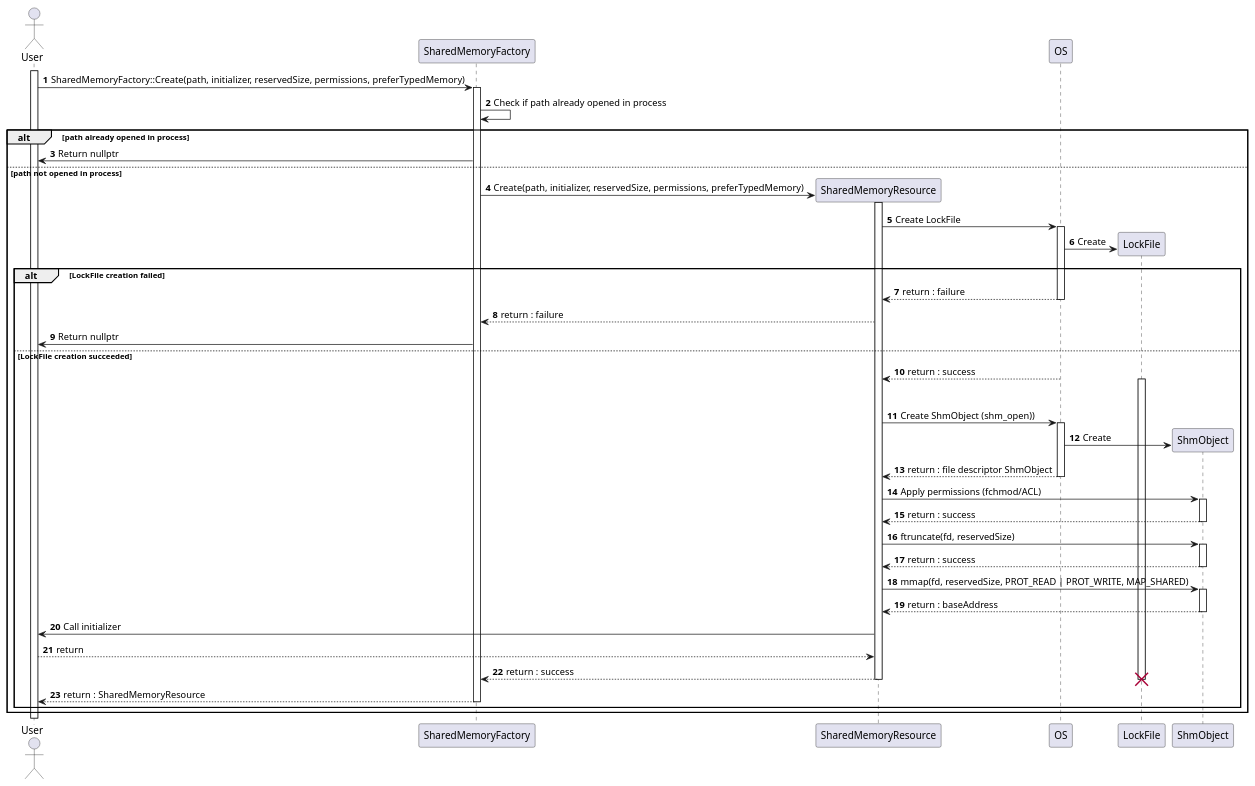
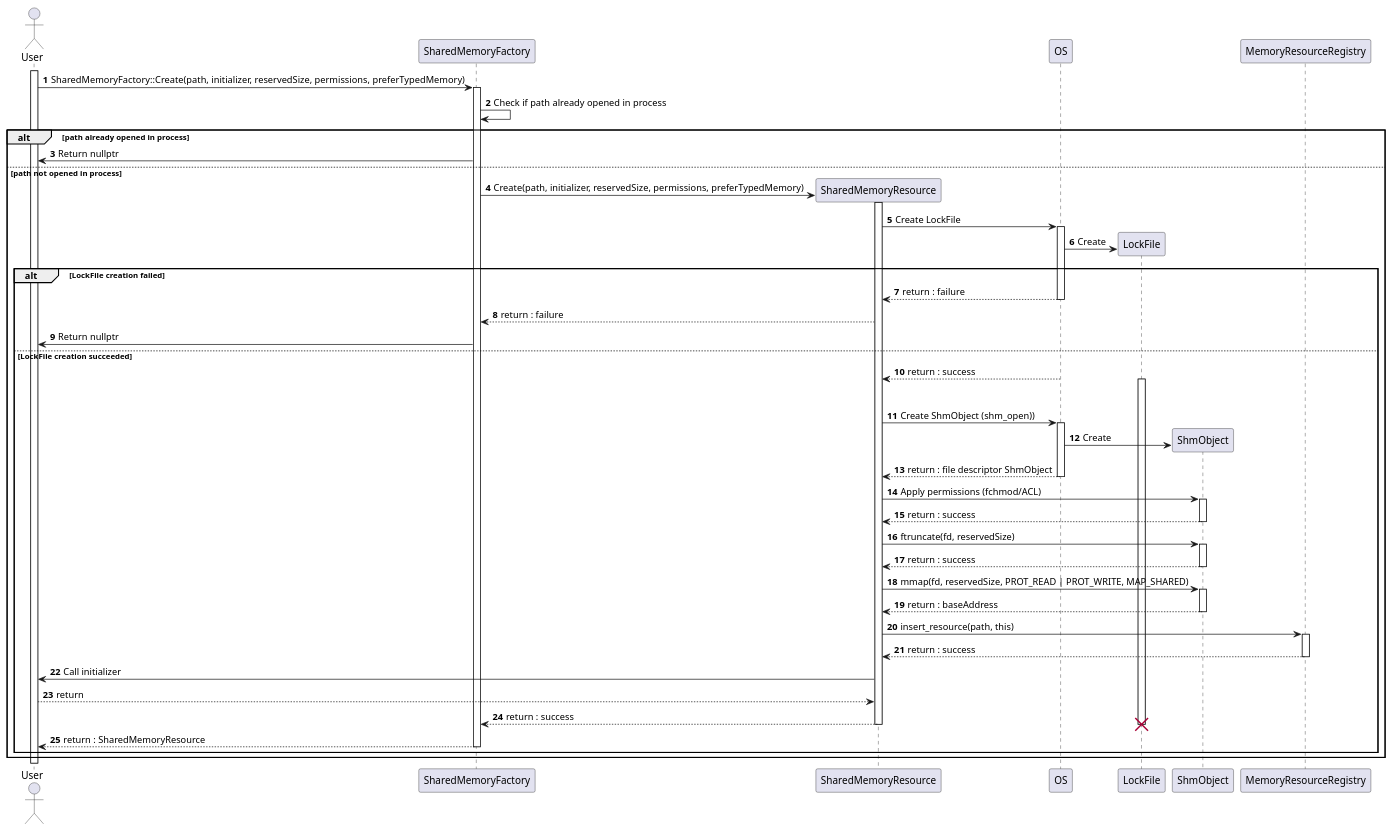
The diagram in score/memory/shared/dependability/architectural_design/dynamic_design/create_shm_resource.puml (eclipse-score/communication), drawn with PlantUML before and after one commit. The commit also changed 19 other files, not shown here.

```diff
--- a/score/memory/shared/dependability/architectural_design/dynamic_design/create_shm_resource.puml
+++ b/score/memory/shared/dependability/architectural_design/dynamic_design/create_shm_resource.puml
@@ -1,69 +1,74 @@
 @startuml
 'https://plantuml.com/sequence-diagram
 
 autonumber
 
 actor "User" as Process
 participant SharedMemoryFactory as factory
 participant SharedMemoryResource as resource
 participant OS
 participant LockFile
 participant ShmObject
+participant MemoryResourceRegistry as registry
 
 
 activate Process
 
 Process -> factory : SharedMemoryFactory::Create(path, initializer, reservedSize, permissions, preferTypedMemory)
 activate factory
 factory -> factory : Check if path already opened in process
 
 alt path already opened in process
     factory -> Process : Return nullptr
 else path not opened in process
     create resource
     factory -> resource : Create(path, initializer, reservedSize, permissions, preferTypedMemory)
     activate resource
     resource -> OS : Create LockFile
     activate OS
     create LockFile
     OS -> LockFile : Create
     alt LockFile creation failed
         OS --> resource : return : failure
         deactivate OS
         factory <-- resource : return : failure
         factory -> Process : Return nullptr
     else LockFile creation succeeded
         OS --> resource : return : success
         activate LockFile
         deactivate OS
         resource -> OS : Create ShmObject (shm_open))
         activate OS
         create ShmObject
         OS -> ShmObject : Create
         OS --> resource : return : file descriptor ShmObject
         deactivate OS
 
         resource -> ShmObject : Apply permissions (fchmod/ACL)
         activate ShmObject
         resource <-- ShmObject : return : success
         deactivate ShmObject
         resource -> ShmObject : ftruncate(fd, reservedSize)
         activate ShmObject
         ShmObject --> resource : return : success
         deactivate ShmObject
 
         resource -> ShmObject : mmap(fd, reservedSize, PROT_READ | PROT_WRITE, MAP_SHARED)
         activate ShmObject
         ShmObject --> resource : return : baseAddress
         deactivate ShmObject
+        resource -> registry : insert_resource(path, this)
+        activate registry
+        resource <-- registry : return : success
+        deactivate registry
         resource -> Process : Call initializer
         resource <-- Process : return
         factory <-- resource : return : success
         destroy LockFile
         deactivate resource
         Process <-- factory : return : SharedMemoryResource
         deactivate factory
     end
 end
 
 @enduml
```
